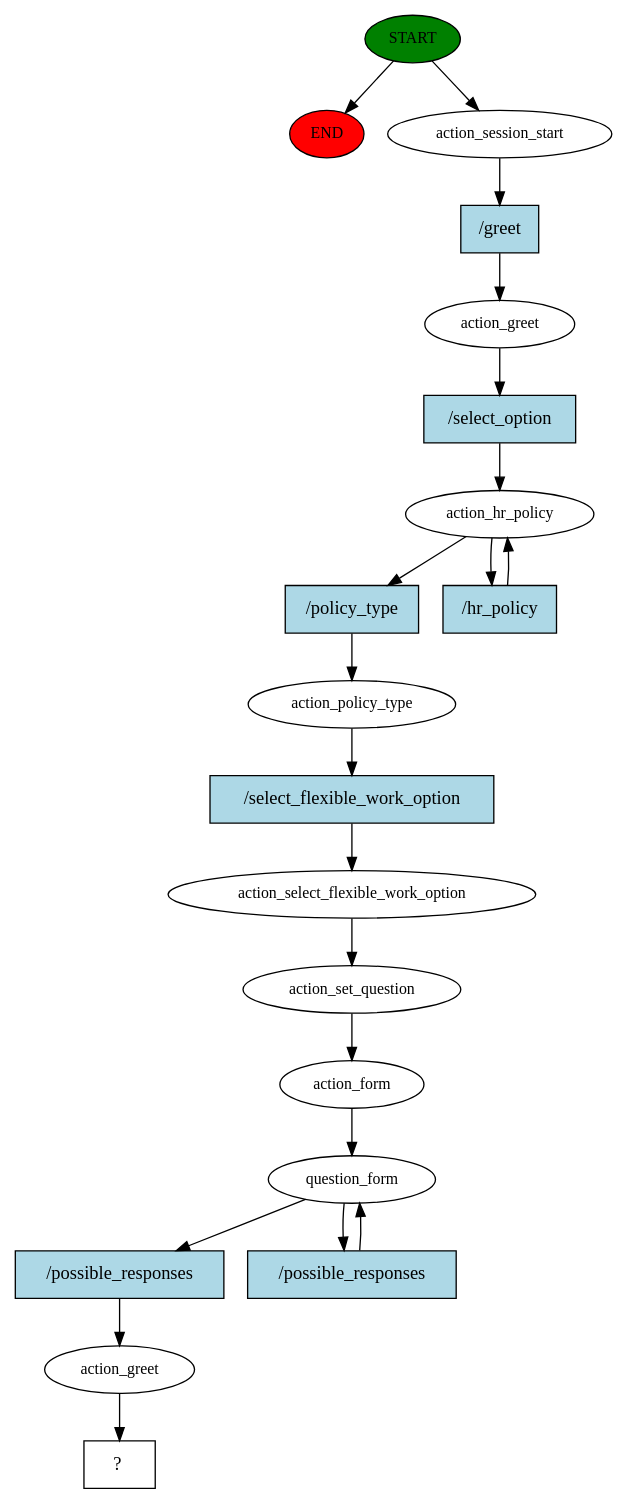
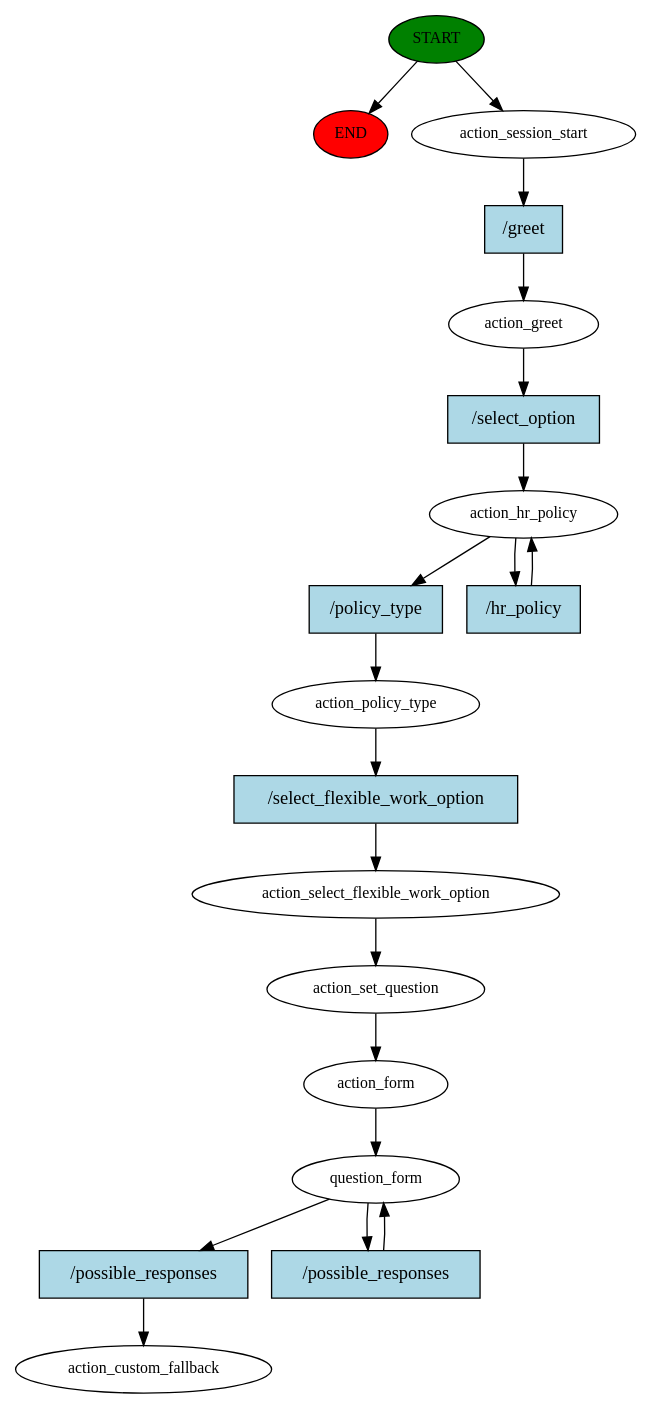
One commit to AIAnupSHrestha/amelio-chatbot changed the diagram in story_graph.dot. Above: the diagram before and after it, drawn with Graphviz. The commit also changed 6 other files, not shown here.

```diff
--- a/story_graph.dot
+++ b/story_graph.dot
@@ -1,41 +1,39 @@
 digraph  {
 0 [class="start active", fillcolor=green, fontsize=12, label=START, style=filled];
 "-1" [class=end, fillcolor=red, fontsize=12, label=END, style=filled];
 1 [class=active, fontsize=12, label=action_session_start];
 2 [class=active, fontsize=12, label=action_greet];
 3 [class=active, fontsize=12, label=action_hr_policy];
 5 [class=active, fontsize=12, label=action_policy_type];
 6 [class=active, fontsize=12, label=action_select_flexible_work_option];
 7 [class=active, fontsize=12, label=action_set_question];
 8 [class=active, fontsize=12, label=action_form];
 9 [class=active, fontsize=12, label=question_form];
-11 [class=active, fontsize=12, label=action_greet];
-12 [class="intent dashed active", label="  ?  ", shape=rect];
-13 [class="intent active", fillcolor=lightblue, label="/greet", shape=rect, style=filled];
-14 [class="intent active", fillcolor=lightblue, label="/select_option", shape=rect, style=filled];
-15 [class="intent active", fillcolor=lightblue, label="/policy_type", shape=rect, style=filled];
-16 [class="intent active", fillcolor=lightblue, label="/hr_policy", shape=rect, style=filled];
-17 [class="intent active", fillcolor=lightblue, label="/select_flexible_work_option", shape=rect, style=filled];
+11 [class="dashed active", fontsize=12, label=action_custom_fallback];
+12 [class="intent active", fillcolor=lightblue, label="/greet", shape=rect, style=filled];
+13 [class="intent active", fillcolor=lightblue, label="/select_option", shape=rect, style=filled];
+14 [class="intent active", fillcolor=lightblue, label="/policy_type", shape=rect, style=filled];
+15 [class="intent active", fillcolor=lightblue, label="/hr_policy", shape=rect, style=filled];
+16 [class="intent active", fillcolor=lightblue, label="/select_flexible_work_option", shape=rect, style=filled];
+17 [class="intent active", fillcolor=lightblue, label="/possible_responses", shape=rect, style=filled];
 18 [class="intent active", fillcolor=lightblue, label="/possible_responses", shape=rect, style=filled];
-19 [class="intent active", fillcolor=lightblue, label="/possible_responses", shape=rect, style=filled];
 0 -> "-1"  [class="", key=NONE, label=""];
 0 -> 1  [class=active, key=NONE, label=""];
-1 -> 13  [class=active, key=0];
-2 -> 14  [class=active, key=0];
+1 -> 12  [class=active, key=0];
+2 -> 13  [class=active, key=0];
+3 -> 14  [class=active, key=0];
 3 -> 15  [class=active, key=0];
-3 -> 16  [class=active, key=0];
-5 -> 17  [class=active, key=0];
+5 -> 16  [class=active, key=0];
 6 -> 7  [class=active, key=NONE, label=""];
 7 -> 8  [class=active, key=NONE, label=""];
 8 -> 9  [class=active, key=NONE, label=""];
+9 -> 17  [class=active, key=0];
 9 -> 18  [class=active, key=0];
-9 -> 19  [class=active, key=0];
-11 -> 12  [class=active, key=NONE, label=""];
-13 -> 2  [class=active, key=0];
-14 -> 3  [class=active, key=0];
-15 -> 5  [class=active, key=0];
-16 -> 3  [class=active, key=0];
-17 -> 6  [class=active, key=0];
-18 -> 11  [class=active, key=0];
-19 -> 9  [class=active, key=0];
+12 -> 2  [class=active, key=0];
+13 -> 3  [class=active, key=0];
+14 -> 5  [class=active, key=0];
+15 -> 3  [class=active, key=0];
+16 -> 6  [class=active, key=0];
+17 -> 11  [class=active, key=0];
+18 -> 9  [class=active, key=0];
 }
```
